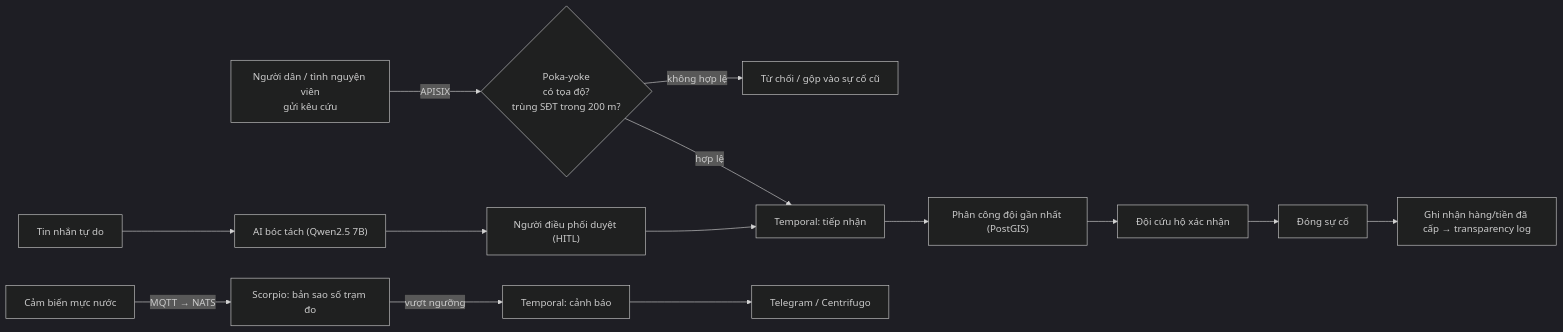
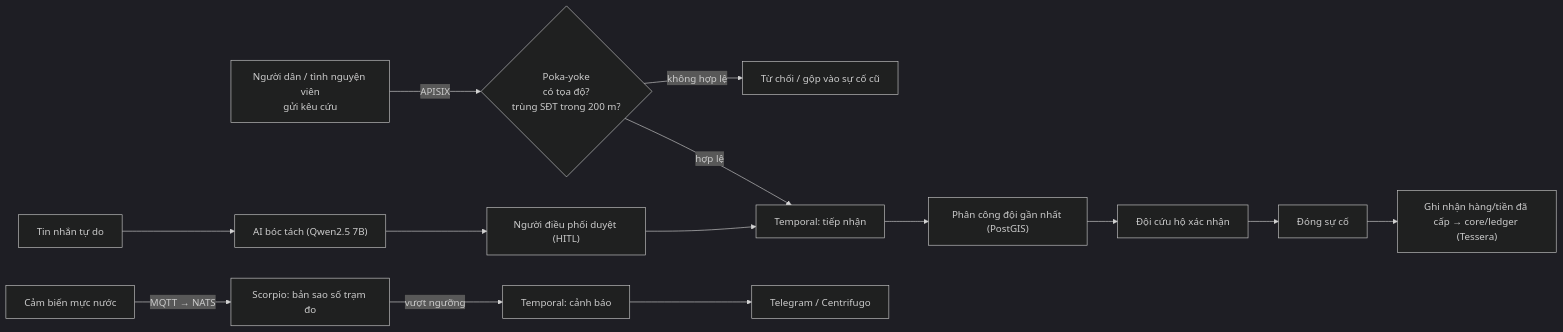
One commit to disaster-dxos/disaster-dxos changed the fourth of 5 diagrams in docs/architecture.md. Above: the diagram before and after it, drawn with Mermaid (dark theme). The commit also changed other lines of this file and 5 other files, not shown here.

````diff
--- a/docs/architecture.md
+++ b/docs/architecture.md
@@ -181,10 +201,10 @@
 ```mermaid
 flowchart LR
   A["Người dân / tình nguyện viên<br/>gửi kêu cứu"] -->|"APISIX"| B{"Poka-yoke<br/>có tọa độ?<br/>trùng SĐT trong 200 m?"}
   B -->|"không hợp lệ"| R["Từ chối / gộp vào sự cố cũ"]
   B -->|"hợp lệ"| C["Temporal: tiếp nhận"]
   A2["Tin nhắn tự do"] --> AI["AI bóc tách (Qwen2.5 7B)"] --> H["Người điều phối duyệt (HITL)"] --> C
   C --> D["Phân công đội gần nhất (PostGIS)"] --> E["Đội cứu hộ xác nhận"] --> F["Đóng sự cố"]
   S["Cảm biến mực nước"] -->|"MQTT → NATS"| N["Scorpio: bản sao số trạm đo"] -->|"vượt ngưỡng"| W["Temporal: cảnh báo"] --> T["Telegram / Centrifugo"]
-  F --> L["Ghi nhận hàng/tiền đã cấp → transparency log"]
+  F --> L["Ghi nhận hàng/tiền đã cấp → core/ledger (Tessera)"]
 ```
````
